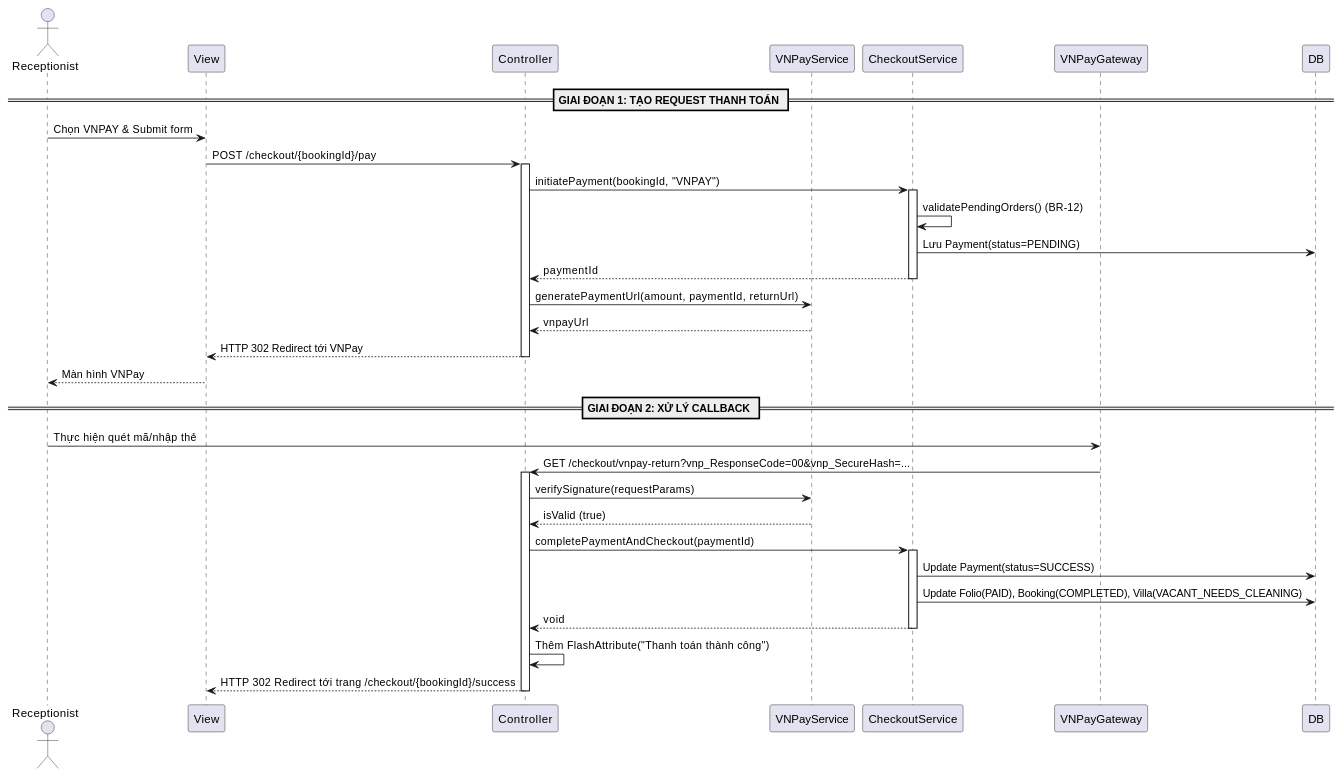
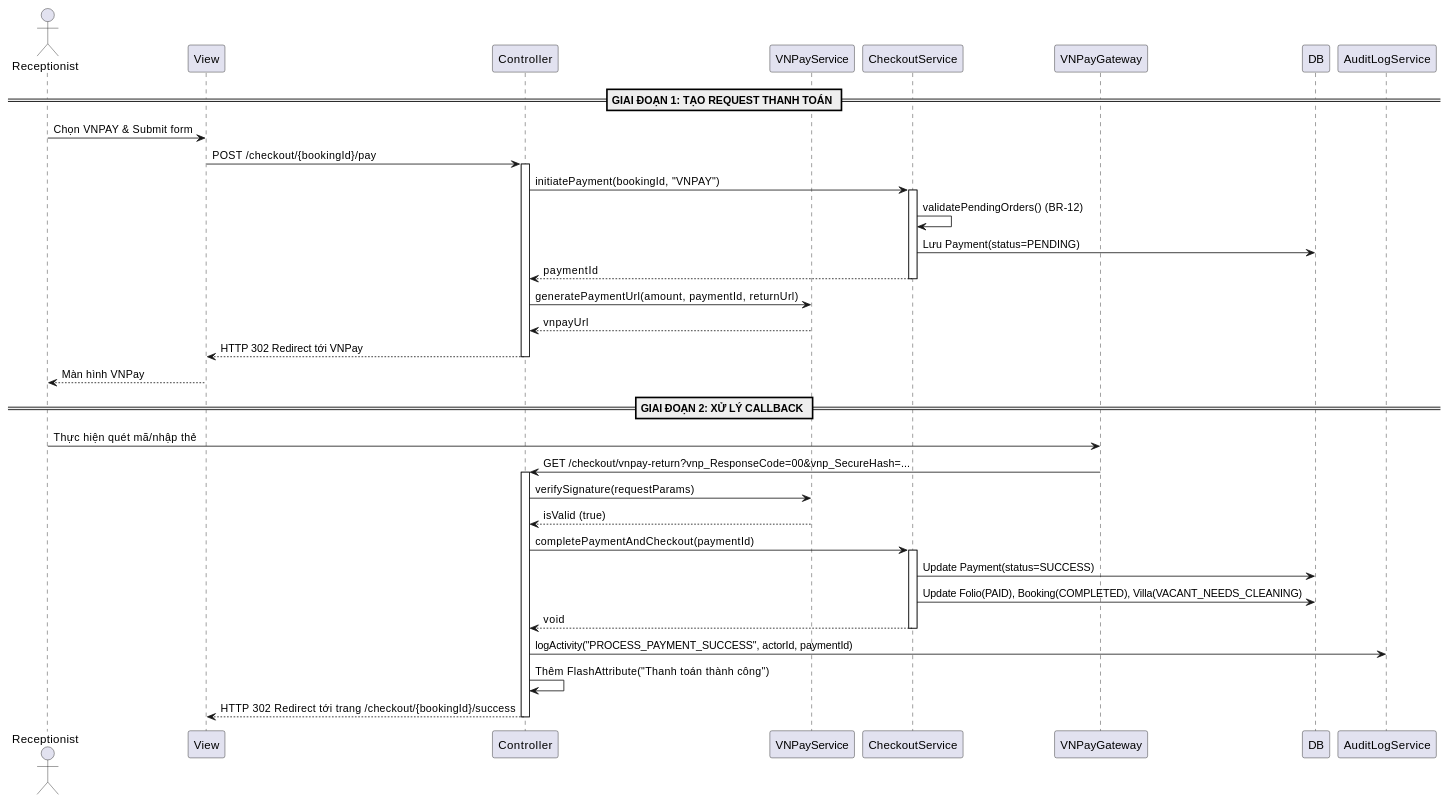
One commit to danhdac36/xoai-aura-retreat changed the second of 5 diagrams in 04_Implement/Module5/UC22/UC22_EDS_Process_Final_Payment.md. Above: the diagram before and after it, drawn with PlantUML. The commit also changed other lines of this file and 10 other files, not shown here.

````diff
--- a/04_Implement/Module5/UC22/UC22_EDS_Process_Final_Payment.md
+++ b/04_Implement/Module5/UC22/UC22_EDS_Process_Final_Payment.md
@@ -230,47 +285,49 @@
 ```plantuml
 @startuml
 actor Receptionist
 participant View
 participant Controller
 participant VNPayService
 participant CheckoutService
 participant VNPayGateway
 
 == GIAI ĐOẠN 1: TẠO REQUEST THANH TOÁN ==
 Receptionist -> View: Chọn VNPAY & Submit form
 View -> Controller: POST /checkout/{bookingId}/pay
 activate Controller
 
 Controller -> CheckoutService: initiatePayment(bookingId, "VNPAY")
 activate CheckoutService
 CheckoutService -> CheckoutService: validatePendingOrders() (BR-12)
 CheckoutService -> DB: Lưu Payment(status=PENDING)
 CheckoutService --> Controller: paymentId
 deactivate CheckoutService
 
 Controller -> VNPayService: generatePaymentUrl(amount, paymentId, returnUrl)
 VNPayService --> Controller: vnpayUrl
 Controller --> View: HTTP 302 Redirect tới VNPay
 deactivate Controller
 View --> Receptionist: Màn hình VNPay
 
 == GIAI ĐOẠN 2: XỬ LÝ CALLBACK ==
 Receptionist -> VNPayGateway: Thực hiện quét mã/nhập thẻ
 VNPayGateway -> Controller: GET /checkout/vnpay-return?vnp_ResponseCode=00&vnp_SecureHash=...
 activate Controller
 
 Controller -> VNPayService: verifySignature(requestParams)
 VNPayService --> Controller: isValid (true)
 
 Controller -> CheckoutService: completePaymentAndCheckout(paymentId)
 activate CheckoutService
 CheckoutService -> DB: Update Payment(status=SUCCESS)
 CheckoutService -> DB: Update Folio(PAID), Booking(COMPLETED), Villa(VACANT_NEEDS_CLEANING)
 CheckoutService --> Controller: void
 deactivate CheckoutService
 
+Controller -> AuditLogService: logActivity("PROCESS_PAYMENT_SUCCESS", actorId, paymentId)
+
 Controller -> Controller: Thêm FlashAttribute("Thanh toán thành công")
 Controller --> View: HTTP 302 Redirect tới trang /checkout/{bookingId}/success
 deactivate Controller
 @enduml
 ```
````
